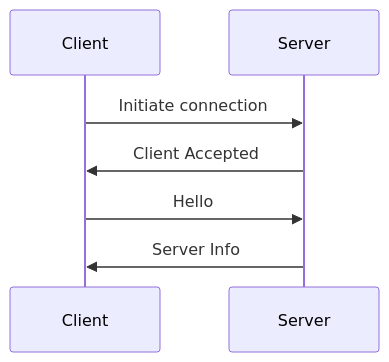
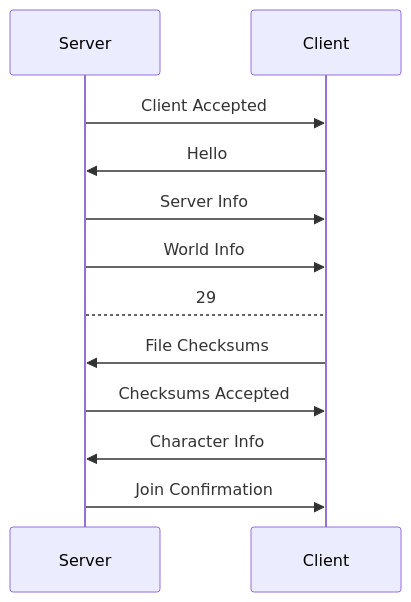
The first of 6 diagrams in docs/networking/protocol/joining.mdx (Scrap-Mods/docs), drawn with Mermaid before and after one commit. The commit also changed other lines of this file and 5 other files, not shown here.

````diff
--- a/docs/networking/protocol/joining.mdx
+++ b/docs/networking/protocol/joining.mdx
@@ -24,7 +32,12 @@
 ```mermaid
 sequenceDiagram
-    Client->>Server: Initiate connection
     Server->>Client: Client Accepted
     Client->>Server: Hello
     Server->>Client: Server Info
+    Server->>Client: World Info
+    Server-->Client: 29
+    Client->>Server: File Checksums
+    Server->>Client: Checksums Accepted
+    Client->>Server: Character Info
+    Server->>Client: Join Confirmation
 ```
````
